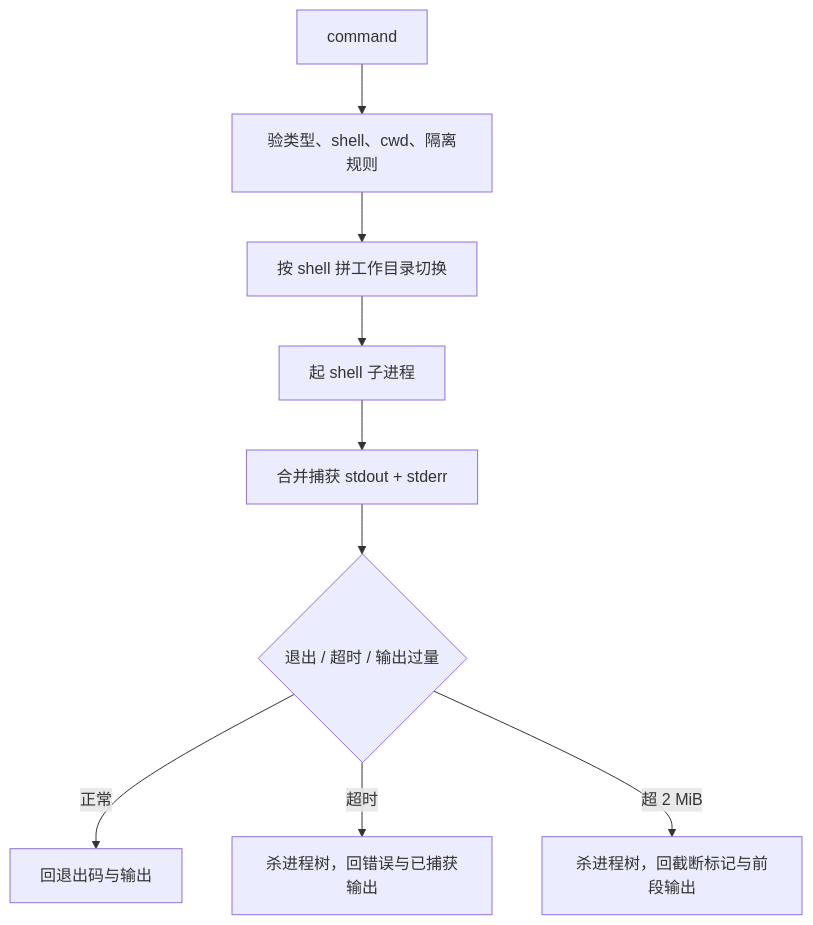
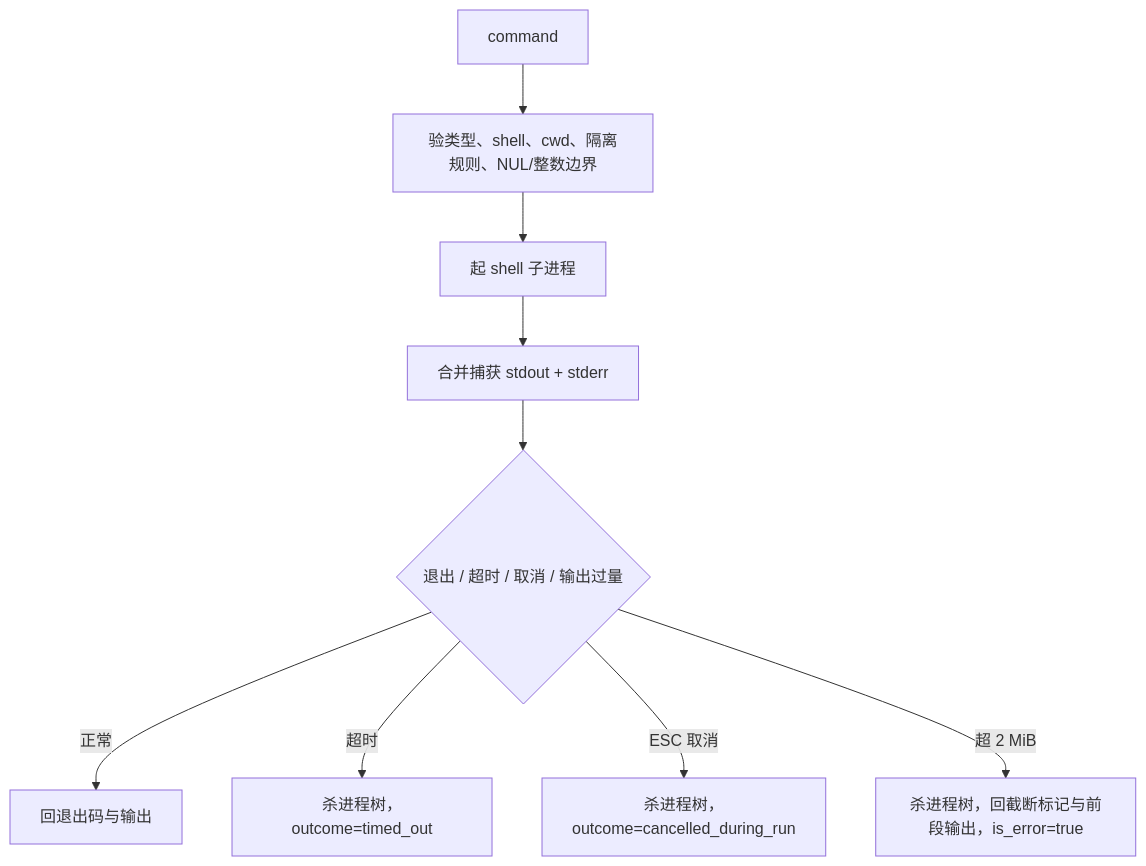
One commit to relic-yuexi/LubanCode changed the second of 2 diagrams in docs/architecture/tools/file-commands.md. Above: the diagram before and after it, drawn with Mermaid. The commit also changed other lines of this file, not shown here.

First line of the commit message:
docs(tools): run_command 契约文档对齐进程生命线单——参数表/取消/整树收口与四项评估落定

````diff
--- a/docs/architecture/tools/file-commands.md
+++ b/docs/architecture/tools/file-commands.md
@@ -136,11 +139,11 @@
 ```mermaid
 flowchart TD
-    C[command] --> V[验类型、shell、cwd、隔离规则]
-    V --> CD[按 shell 拼工作目录切换]
-    CD --> S[起 shell 子进程]
+    C[command] --> V[验类型、shell、cwd、隔离规则、NUL/整数边界]
+    V --> S[起 shell 子进程]
     S --> IO[合并捕获 stdout + stderr]
-    IO --> Q{退出 / 超时 / 输出过量}
+    IO --> Q{退出 / 超时 / 取消 / 输出过量}
     Q -- 正常 --> X[回退出码与输出]
-    Q -- 超时 --> K1[杀进程树，回错误与已捕获输出]
-    Q -- 超 2 MiB --> K2[杀进程树，回截断标记与前段输出]
+    Q -- 超时 --> K1[杀进程树，outcome=timed_out]
+    Q -- ESC 取消 --> K3[杀进程树，outcome=cancelled_during_run]
+    Q -- 超 2 MiB --> K2[杀进程树，回截断标记与前段输出，is_error=true]
 ```
````
